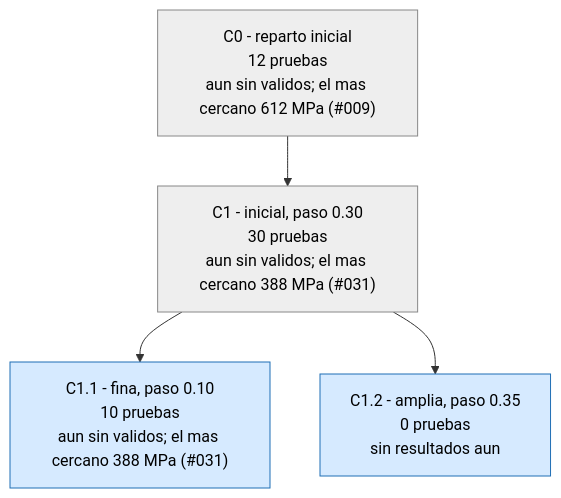
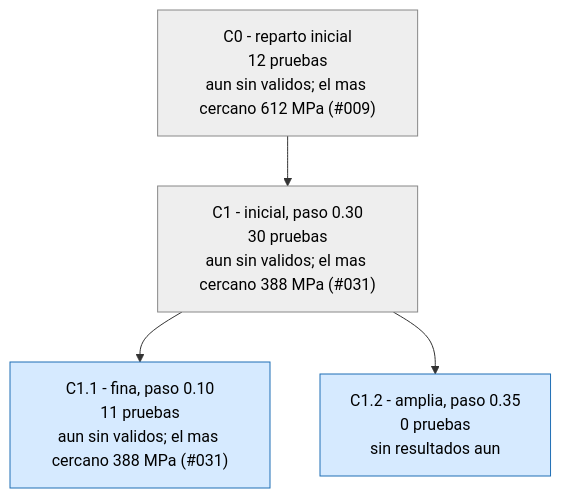
One commit to Hugiko/msd-soporte-optimizacion changed the third of 3 diagrams in runs/opt_37800N/ARBOL.md. Above: the diagram before and after it, drawn with Mermaid. The commit also changed 19 other files, not shown here.

````diff
--- a/runs/opt_37800N/ARBOL.md
+++ b/runs/opt_37800N/ARBOL.md
@@ -55,13 +55,13 @@
 ```mermaid
 graph TD
 classDef activa fill:#d6eaff,stroke:#1f6fb5,color:#000
 classDef fin fill:#eeeeee,stroke:#888,color:#000
 classDef mejor fill:#c8f0c0,stroke:#1a9850,stroke-width:4px,color:#000
 C0["C0 - reparto inicial<br/>12 pruebas<br/>aun sin validos; el mas cercano 612 MPa (#009)"]:::fin
 C1["C1 - inicial, paso 0.30<br/>30 pruebas<br/>aun sin validos; el mas cercano 388 MPa (#031)"]:::fin
 C0 --> C1
-C1_1["C1.1 - fina, paso 0.10<br/>10 pruebas<br/>aun sin validos; el mas cercano 388 MPa (#031)"]:::activa
+C1_1["C1.1 - fina, paso 0.10<br/>11 pruebas<br/>aun sin validos; el mas cercano 388 MPa (#031)"]:::activa
 C1 --> C1_1
 C1_2["C1.2 - amplia, paso 0.35<br/>0 pruebas<br/>sin resultados aun"]:::activa
 C1 --> C1_2
 ```
````
